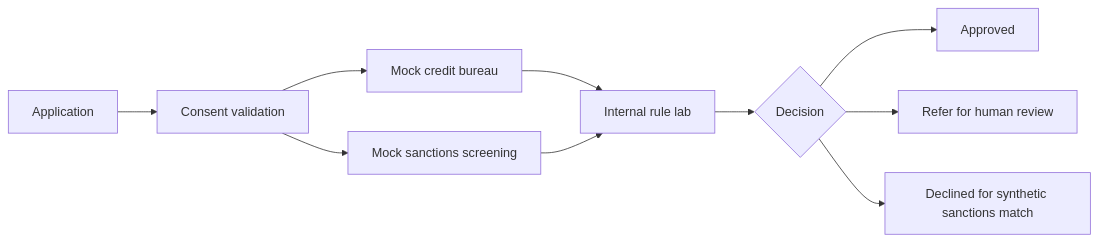
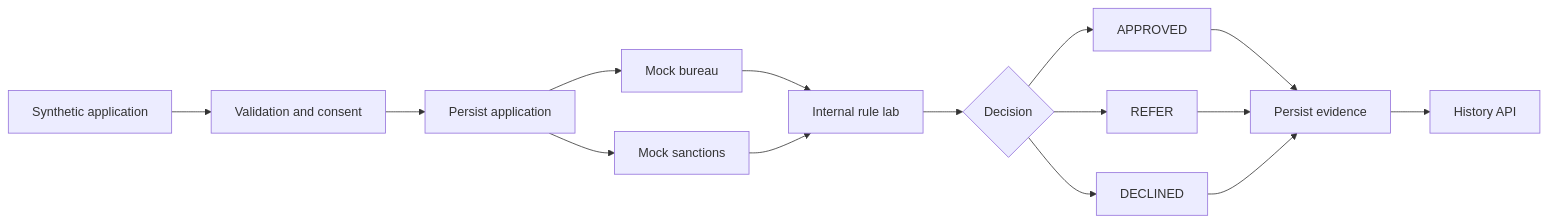
Before and after one commit to GPBrij/Retail-Banking-Origination-Lab: the diagram in README.md, drawn with Mermaid. The commit also changed other lines of this file and 10 other files, not shown here.

````diff
--- a/README.md
+++ b/README.md
@@ -30,12 +75,17 @@
 ```mermaid
 flowchart LR
- A[Application] --> B[Consent validation]
- B --> C[Mock credit bureau]
- B --> D[Mock sanctions screening]
- C --> E[Internal rule lab]
- D --> E
- E --> F{Decision}
- F --> G[Approved]
- F --> H[Refer for human review]
- F --> I[Declined for synthetic sanctions match]
+    A[Synthetic application] --> B[Validation and consent]
+    B --> C[Persist application]
+    C --> D[Mock bureau]
+    C --> E[Mock sanctions]
+    D --> F[Internal rule lab]
+    E --> F
+    F --> G{Decision}
+    G --> H[APPROVED]
+    G --> I[REFER]
+    G --> J[DECLINED]
+    H --> K[Persist evidence]
+    I --> K
+    J --> K
+    K --> L[History API]
 ```
````
